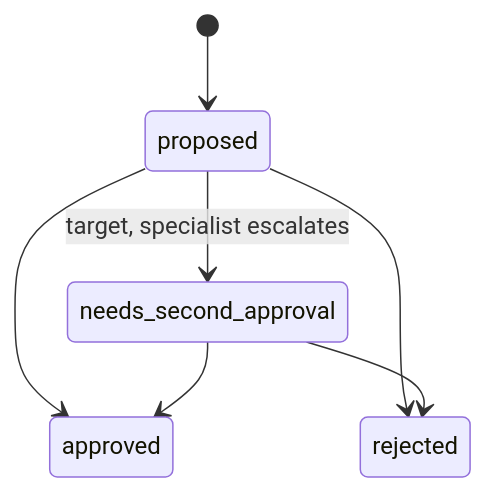
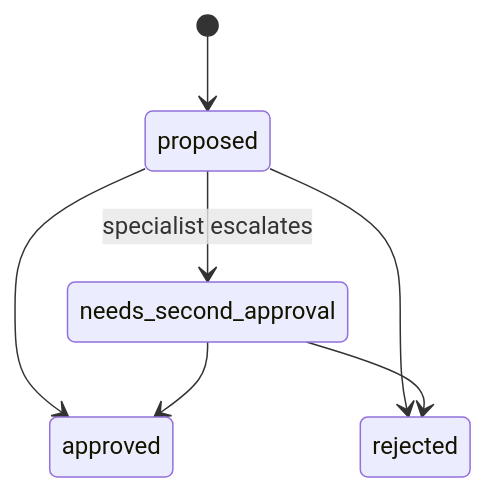
Before and after one commit to juanfer-ux/CivicPulse: the second of 2 diagrams in docs/incident-lifecycle.md, drawn with Mermaid. The commit also changed other lines of this file and 22 other files, not shown here.

````diff
--- a/docs/incident-lifecycle.md
+++ b/docs/incident-lifecycle.md
@@ -37,9 +37,9 @@
 ```mermaid
 stateDiagram-v2
   [*] --> proposed
   proposed --> approved
   proposed --> rejected
-  proposed --> needs_second_approval : target, specialist escalates
+  proposed --> needs_second_approval : specialist escalates
   needs_second_approval --> approved
   needs_second_approval --> rejected
 ```
````
